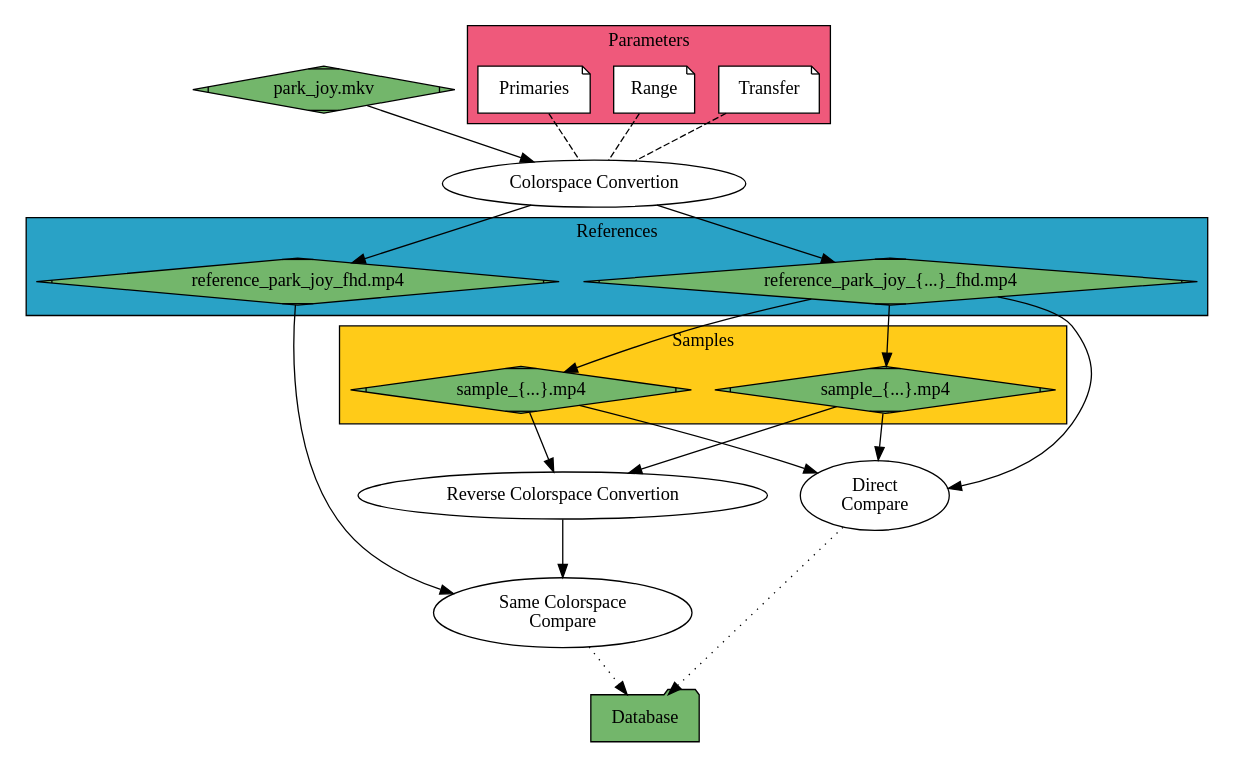
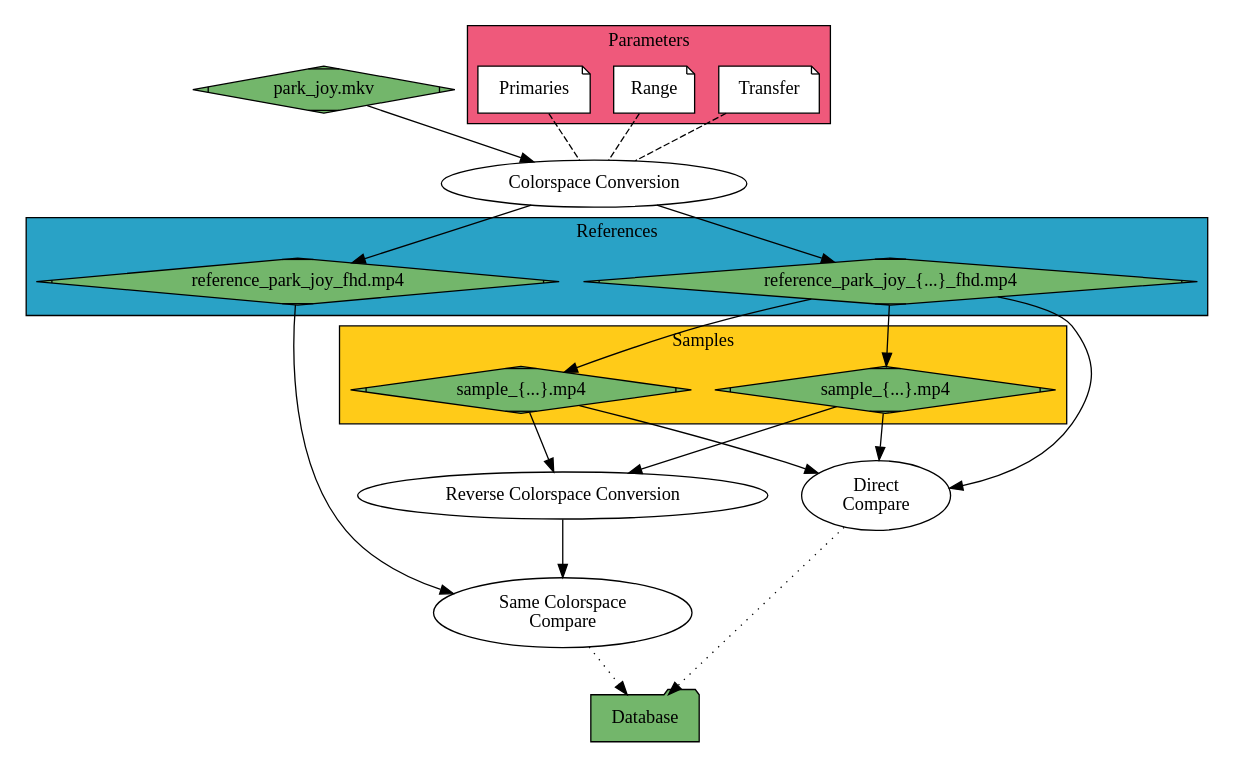
One commit to robinechuca/mendevi changed the diagram in docs/media/colorspace.dot. Above: the diagram before and after it, drawn with Graphviz. The commit also changed 7 other files, not shown here.

```diff
--- a/docs/media/colorspace.dot
+++ b/docs/media/colorspace.dot
@@ -1,63 +1,63 @@
 # dot -Tpdf colorspace.dot -o /tmp/colorspace.pdf && pdfcrop /tmp/colorspace.pdf colorspace.pdf
 # dot -Tsvg colorspace.dot > colorspace.svg
 digraph colorspace {
     rankdir=TB
 
     # data
     src [label="park_joy.mkv", shape=Mdiamond, style=filled, fillcolor="#73b66b"]
     ref1 [label="reference_park_joy_fhd.mp4", shape=Mdiamond, style=filled, fillcolor="#73b66b"]
     ref2 [label="reference_park_joy_{...}_fhd.mp4", shape=Mdiamond, style=filled, fillcolor="#73b66b"]
     sam1 [label="sample_{...}.mp4", shape=Mdiamond, style=filled, fillcolor="#73b66b"]
     sam2 [label="sample_{...}.mp4", shape=Mdiamond, style=filled, fillcolor="#73b66b"]
     # sam3 [label="sample_{...}.mp4", shape=Mdiamond, style=filled, fillcolor="#73b66b"]
     # sam4 [label="sample_{...}.mp4", shape=Mdiamond, style=filled, fillcolor="#73b66b"]
 
     database [label="Database", shape=folder, style=filled, fillcolor="#73b66b"]
 
     # parameters
     p_primaries [label="Primaries", shape=note, style=filled, fillcolor=white]
     p_transfer [label="Transfer", shape=note, style=filled, fillcolor=white]
     p_range [label="Range", shape=note, style=filled, fillcolor=white]
 
     # process
-    conv [label="Colorspace Convertion", style=filled, fillcolor=white]
-    rev_conv [label="Reverse Colorspace Convertion", style=filled, fillcolor=white]
+    conv [label="Colorspace Conversion", style=filled, fillcolor=white]
+    rev_conv [label="Reverse Colorspace Conversion", style=filled, fillcolor=white]
     comp1 [label="Direct\nCompare", style=filled, fillcolor=white]
     comp2 [label="Same Colorspace\nCompare", style=filled, fillcolor=white]
     # comp2 [label="Compare", style=filled, fillcolor=white]
     # comp3 [label="Compare", style=filled, fillcolor=white]
     # comp4 [label="Compare", style=filled, fillcolor=white]
 
     # blocs
     subgraph clus_reference {
         cluster=true
         label="References"
         bgcolor="#29a2c6"
         ref1 ref2
     }
     subgraph clus_sample {
         cluster=true
         label="Samples"
         bgcolor="#ffcb18"
         sam1 sam2
     }
     # parameters bloc
     subgraph clus_param {
         cluster=true
         label="Parameters"
         bgcolor="#ef597b"
         p_primaries p_transfer p_range
     }
 
     # pipeline
     src -> conv -> {ref1 ref2}
     ref2 -> {sam1 sam2}
     # ref2 -> {sam3 sam4}
     {ref2 sam1 sam2} -> comp1
     ref1 -> comp2
     {sam1 sam2} -> rev_conv -> comp2
     {comp1 comp2} -> database [style=dotted]
 
     # arguments
     {p_primaries p_transfer p_range} -> conv [arrowhead=none style=dashed]
 }
```
